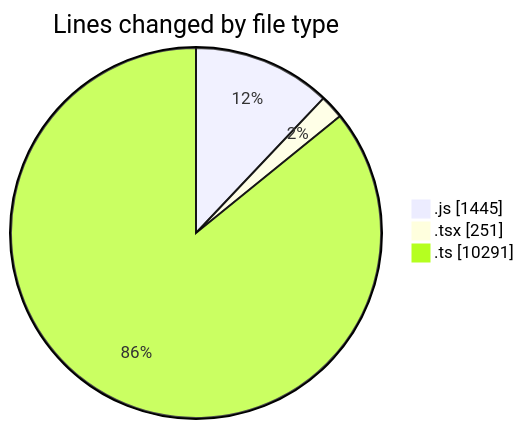
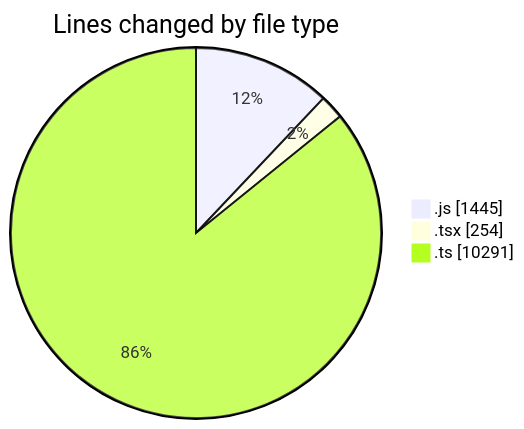
Before and after one commit to momahboobian/code-tracking: the first of 2 diagrams in 2025-03-13/cda/README.md, drawn with Mermaid. The commit also changed other lines of this file and 1 other file, not shown here.

````diff
--- a/2025-03-13/cda/README.md
+++ b/2025-03-13/cda/README.md
@@ -32,7 +32,7 @@
 ```mermaid
 pie showData
 title Lines changed by file type
 ".js" : 1445
-".tsx" : 251
+".tsx" : 254
 ".ts" : 10291
 ```
````
